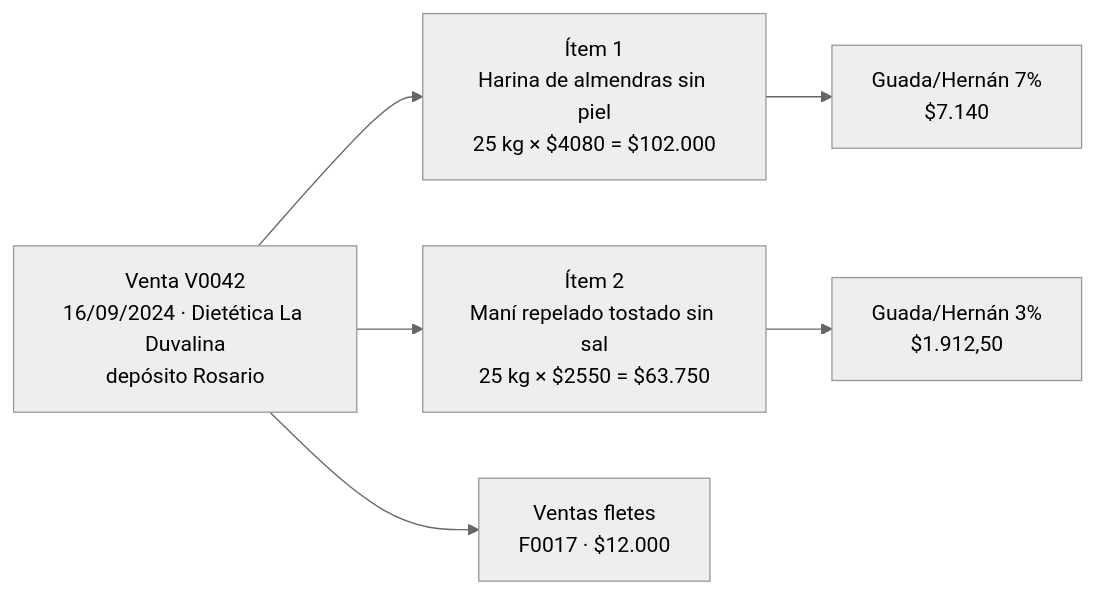
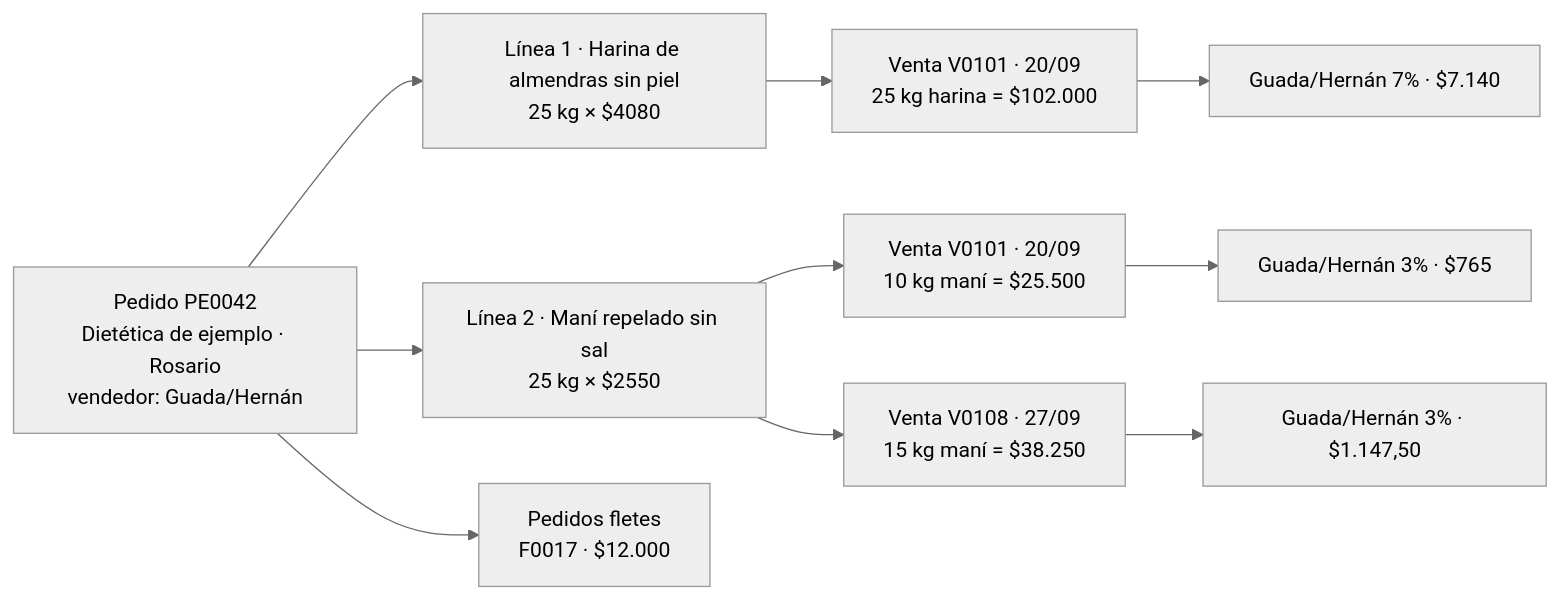
The sixth of 9 diagrams in spec/modelo-de-datos.md (magalipujol/ERPeq), drawn with Mermaid (neutral theme) before and after one commit. The commit also changed other lines of this file and 30 other files, not shown here.

First line of the commit message:
Pedidos, entregas, fletes con estados y comisiones por vendedor

````diff
--- a/spec/modelo-de-datos.md
+++ b/spec/modelo-de-datos.md
@@ -201,9 +396,13 @@
 ```mermaid
 flowchart LR
-    V["Venta V0042<br/>16/09/2024 · Dietética La Duvalina<br/>depósito Rosario"]
-    V --> I1["Ítem 1<br/>Harina de almendras sin piel<br/>25 kg × $4080 = $102.000"]
-    V --> I2["Ítem 2<br/>Maní repelado tostado sin sal<br/>25 kg × $2550 = $63.750"]
-    I1 --> C1["Guada/Hernán 7%<br/>$7.140"]
-    I2 --> C2["Guada/Hernán 3%<br/>$1.912,50"]
-    V --> VF["Ventas fletes<br/>F0017 · $12.000"]
+    PE["Pedido PE0042<br/>Dietética de ejemplo · Rosario<br/>vendedor: Guada/Hernán"]
+    PE --> L1["Línea 1 · Harina de almendras sin piel<br/>25 kg × $4080"]
+    PE --> L2["Línea 2 · Maní repelado sin sal<br/>25 kg × $2550"]
+    PE --> PF["Pedidos fletes<br/>F0017 · $12.000"]
+    L1 --> V1["Venta V0101 · 20/09<br/>25 kg harina = $102.000"]
+    L2 --> V1b["Venta V0101 · 20/09<br/>10 kg maní = $25.500"]
+    L2 --> V2["Venta V0108 · 27/09<br/>15 kg maní = $38.250"]
+    V1 --> C1["Guada/Hernán 7% · $7.140"]
+    V1b --> C2["Guada/Hernán 3% · $765"]
+    V2 --> C3["Guada/Hernán 3% · $1.147,50"]
 ```
````
